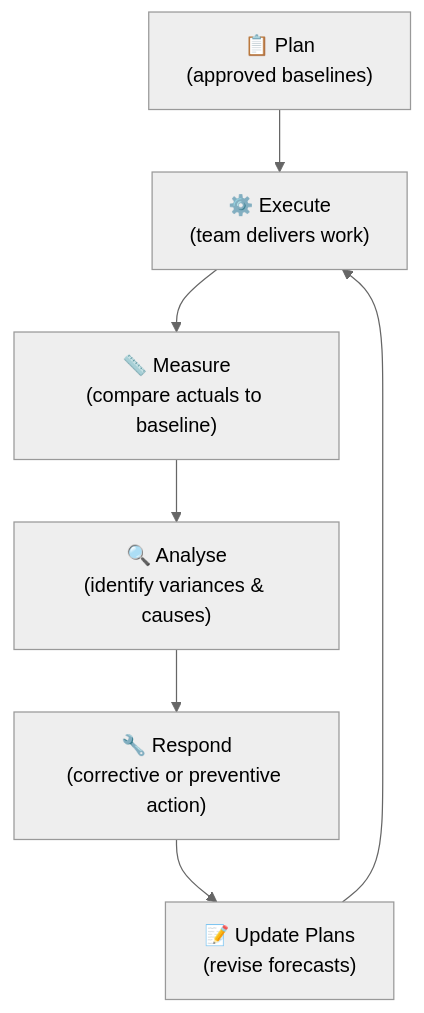
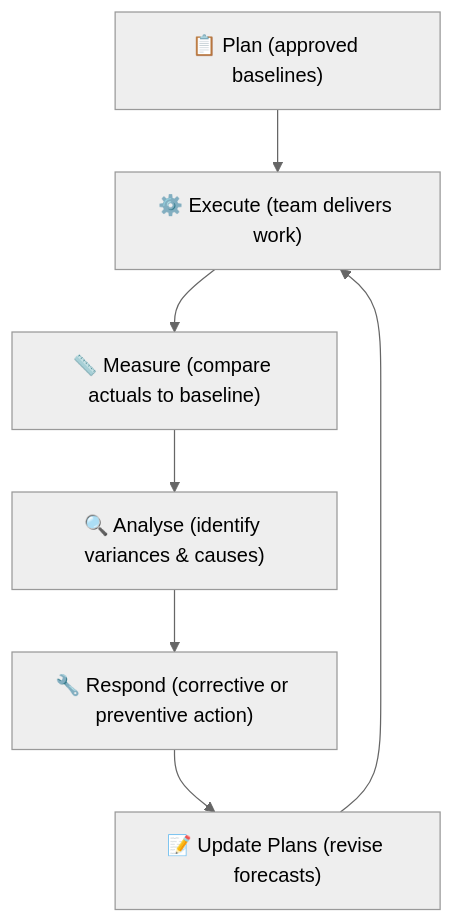
Before and after one commit to UncleJS/course_projectManagement: the first of 3 diagrams in modules/06-monitoring-control.md, drawn with Mermaid (neutral theme). The commit also changed 16 other files, not shown here.

Commit message:
Fix Mermaid rendering: remove literal \n from all diagram labels; quote unquoted & in flowchart nodes

````diff
--- a/modules/06-monitoring-control.md
+++ b/modules/06-monitoring-control.md
@@ -41,10 +41,10 @@
 ```mermaid
 flowchart TD
-    PL["📋 Plan\n(approved baselines)"]
-    EX["⚙️ Execute\n(team delivers work)"]
-    ME["📏 Measure\n(compare actuals to baseline)"]
-    AN["🔍 Analyse\n(identify variances & causes)"]
-    RE["🔧 Respond\n(corrective or preventive action)"]
-    UP["📝 Update Plans\n(revise forecasts)"]
+    PL["📋 Plan (approved baselines)"]
+    EX["⚙️ Execute (team delivers work)"]
+    ME["📏 Measure (compare actuals to baseline)"]
+    AN["🔍 Analyse (identify variances & causes)"]
+    RE["🔧 Respond (corrective or preventive action)"]
+    UP["📝 Update Plans (revise forecasts)"]
     PL --> EX --> ME --> AN --> RE --> UP --> EX
 ```
````
